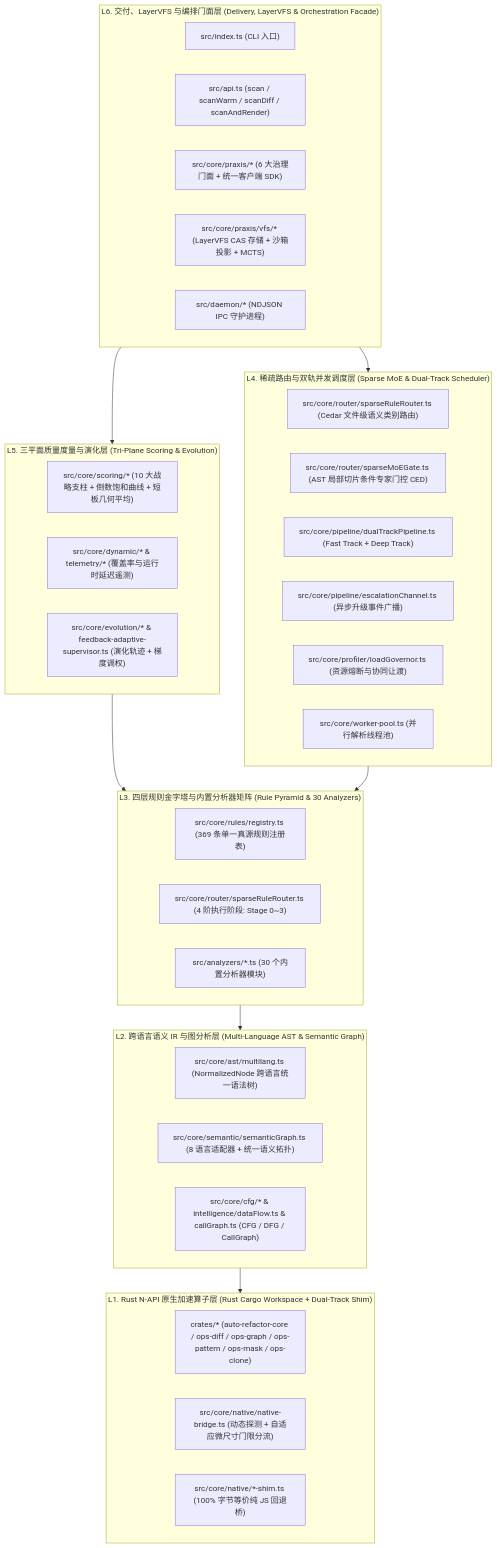
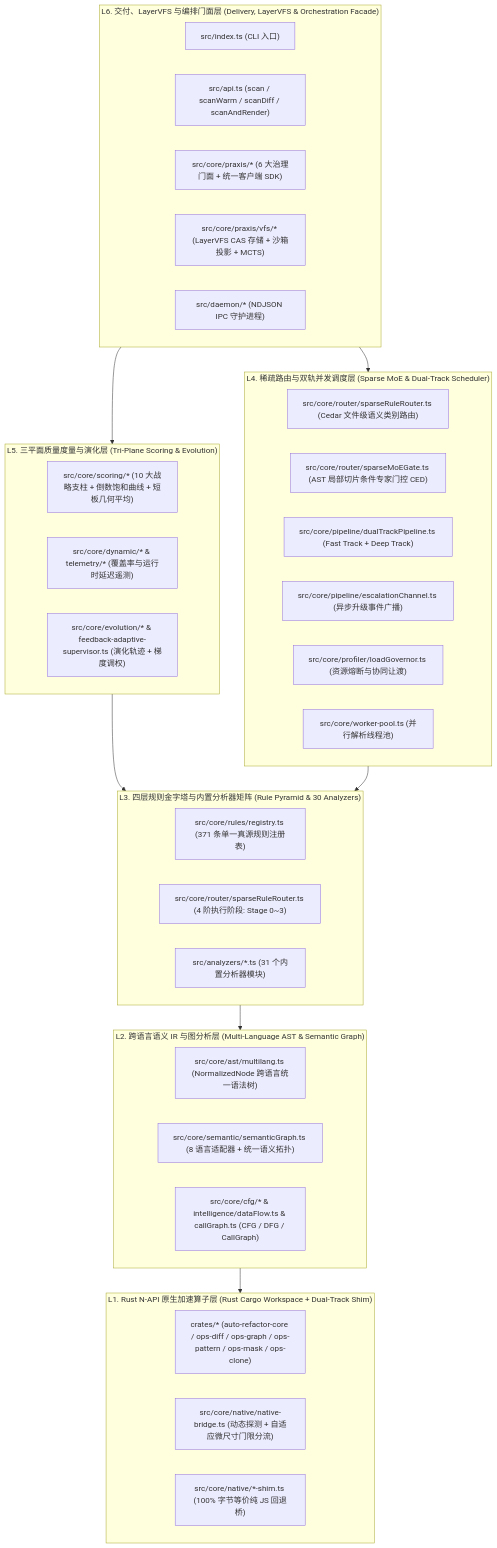
Before and after one commit to guilingzhouyi-creator/vscode-extensions: the first of 2 diagrams in auto-refactor/docs/01-architecture/01-system-overview.md, drawn with Mermaid. The commit also changed other lines of this file and 49 other files, not shown here.

````diff
--- a/auto-refactor/docs/01-architecture/01-system-overview.md
+++ b/auto-refactor/docs/01-architecture/01-system-overview.md
@@ -12,50 +12,50 @@
 ```mermaid
 flowchart TD
   subgraph L6["L6. 交付、LayerVFS 与编排门面层 (Delivery, LayerVFS & Orchestration Facade)"]
     CLI["src/index.ts (CLI 入口)"]
     API["src/api.ts (scan / scanWarm / scanDiff / scanAndRender)"]
     PRAXIS["src/core/praxis/* (6 大治理门面 + 统一客户端 SDK)"]
     VFS["src/core/praxis/vfs/* (LayerVFS CAS 存储 + 沙箱投影 + MCTS)"]
     DAEMON["src/daemon/* (NDJSON IPC 守护进程)"]
   end
 
   subgraph L5["L5. 三平面质量度量与演化层 (Tri-Plane Scoring & Evolution)"]
     STATIC["src/core/scoring/* (10 大战略支柱 + 倒数饱和曲线 + 短板几何平均)"]
     DYNAMIC["src/core/dynamic/* & telemetry/* (覆盖率与运行时延迟遥测)"]
     EVOL["src/core/evolution/* & feedback-adaptive-supervisor.ts (演化轨迹 + 梯度调权)"]
   end
 
   subgraph L4["L4. 稀疏路由与双轨并发调度层 (Sparse MoE & Dual-Track Scheduler)"]
     ROUTER["src/core/router/sparseRuleRouter.ts (Cedar 文件级语义类别路由)"]
     MOE["src/core/router/sparseMoEGate.ts (AST 局部切片条件专家门控 CED)"]
     DUAL["src/core/pipeline/dualTrackPipeline.ts (Fast Track + Deep Track)"]
     ESCALATE["src/core/pipeline/escalationChannel.ts (异步升级事件广播)"]
     GOVERNOR["src/core/profiler/loadGovernor.ts (资源熔断与协同让渡)"]
     POOL["src/core/worker-pool.ts (并行解析线程池)"]
   end
 
   subgraph L3["L3. 四层规则金字塔与内置分析器矩阵 (Rule Pyramid & 30 Analyzers)"]
-    REG["src/core/rules/registry.ts (369 条单一真源规则注册表)"]
+    REG["src/core/rules/registry.ts (371 条单一真源规则注册表)"]
     STAGES["src/core/router/sparseRuleRouter.ts (4 阶执行阶段: Stage 0~3)"]
-    ANALYZERS["src/analyzers/*.ts (30 个内置分析器模块)"]
+    ANALYZERS["src/analyzers/*.ts (31 个内置分析器模块)"]
   end
 
   subgraph L2["L2. 跨语言语义 IR 与图分析层 (Multi-Language AST & Semantic Graph)"]
     AST["src/core/ast/multilang.ts (NormalizedNode 跨语言统一语法树)"]
     GRAPH["src/core/semantic/semanticGraph.ts (8 语言适配器 + 统一语义拓扑)"]
     FLOW["src/core/cfg/* & intelligence/dataFlow.ts & callGraph.ts (CFG / DFG / CallGraph)"]
   end
 
   subgraph L1["L1. Rust N-API 原生加速算子层 (Rust Cargo Workspace + Dual-Track Shim)"]
     CRATES["crates/* (auto-refactor-core / ops-diff / ops-graph / ops-pattern / ops-mask / ops-clone)"]
     BRIDGE["src/core/native/native-bridge.ts (动态探测 + 自适应微尺寸门限分流)"]
     SHIM["src/core/native/*-shim.ts (100% 字节等价纯 JS 回退桥)"]
   end
 
   L6 --> L5
   L6 --> L4
   L5 --> L3
   L4 --> L3
   L3 --> L2
   L2 --> L1
 ```
````
